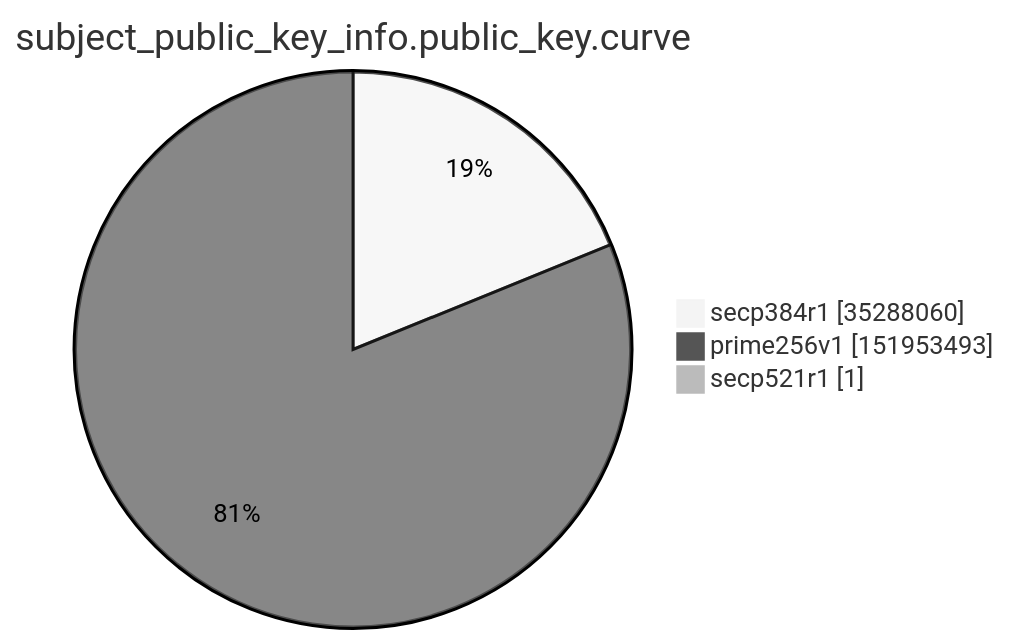
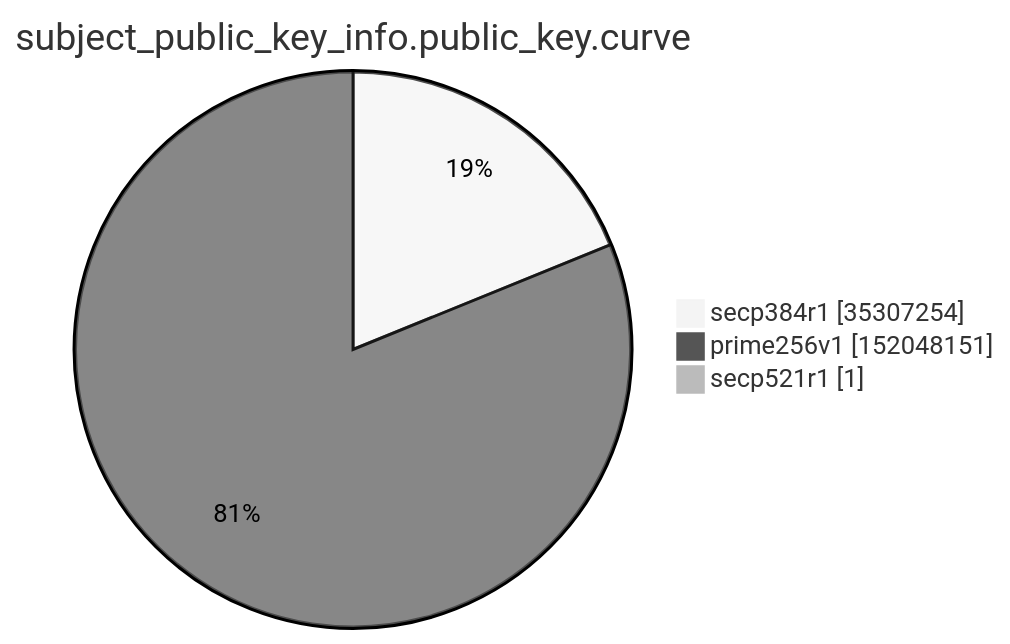
The ninth of 15 diagrams in argon2022/README.md (christiankrug/ctmonitor_visualization), drawn with Mermaid (neutral theme) before and after one commit. The commit also changed other lines of this file, not shown here.

````diff
--- a/argon2022/README.md
+++ b/argon2022/README.md
@@ -2765,7 +2765,7 @@
 ```mermaid
 pie showData
 title subject_public_key_info.public_key.curve
-"secp384r1" :35288060
-"prime256v1" :151953493
+"secp384r1" :35307254
+"prime256v1" :152048151
 "secp521r1" :1
 ```
````
